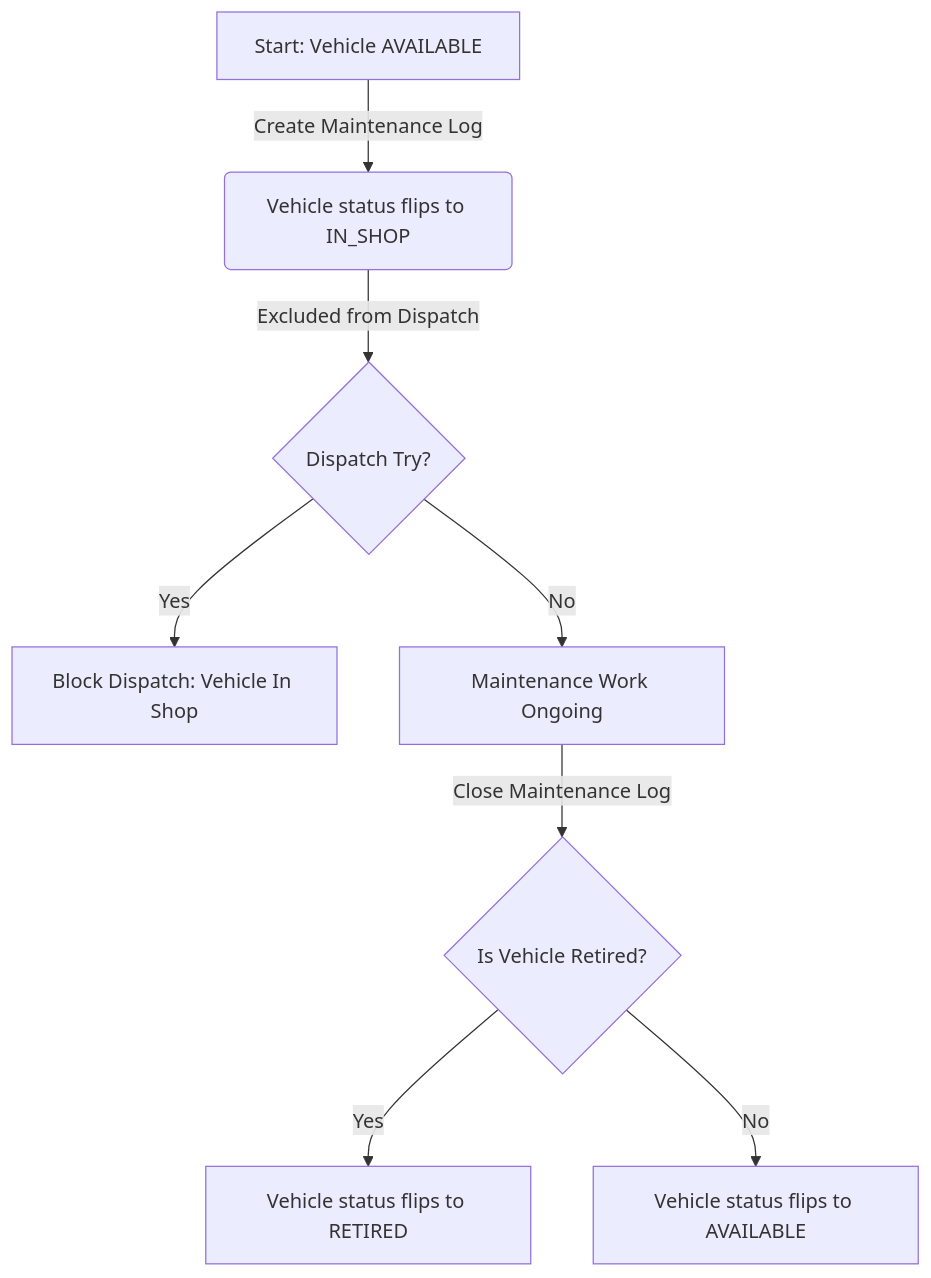
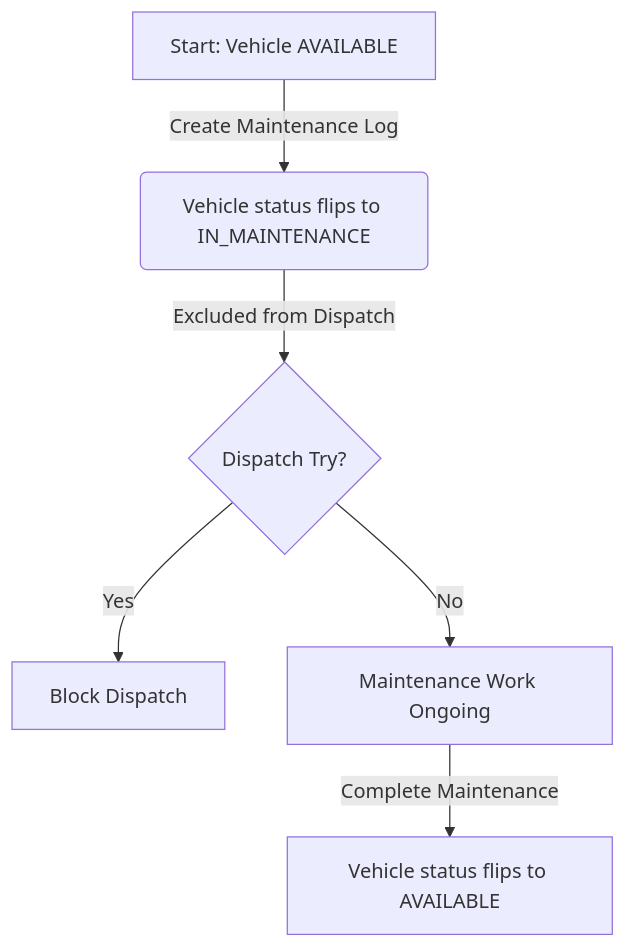
One commit to pravinx07/TransitOps changed the second of 2 diagrams in README.md. Above: the diagram before and after it, drawn with Mermaid. The commit also changed other lines of this file and 4 other files, not shown here.

````diff
--- a/README.md
+++ b/README.md
@@ -335,10 +124,8 @@
 ```mermaid
 flowchart TD
-    A[Start: Vehicle AVAILABLE] -->|Create Maintenance Log| B(Vehicle status flips to IN_SHOP)
+    A[Start: Vehicle AVAILABLE] -->|Create Maintenance Log| B(Vehicle status flips to IN_MAINTENANCE)
     B -->|Excluded from Dispatch| C{Dispatch Try?}
-    C -->|Yes| D[Block Dispatch: Vehicle In Shop]
+    C -->|Yes| D[Block Dispatch]
     C -->|No| E[Maintenance Work Ongoing]
-    E -->|Close Maintenance Log| F{Is Vehicle Retired?}
-    F -->|Yes| G[Vehicle status flips to RETIRED]
-    F -->|No| H[Vehicle status flips to AVAILABLE]
+    E -->|Complete Maintenance| H[Vehicle status flips to AVAILABLE]
 ```
````
